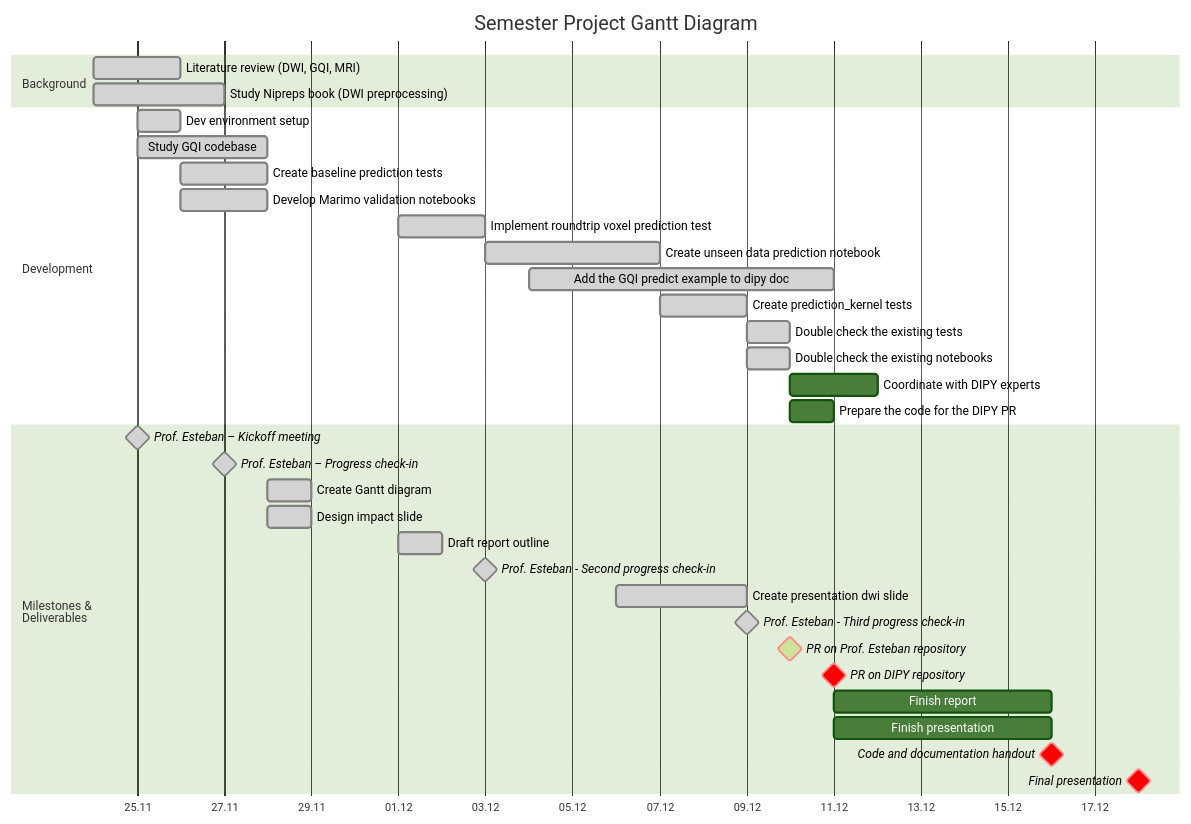
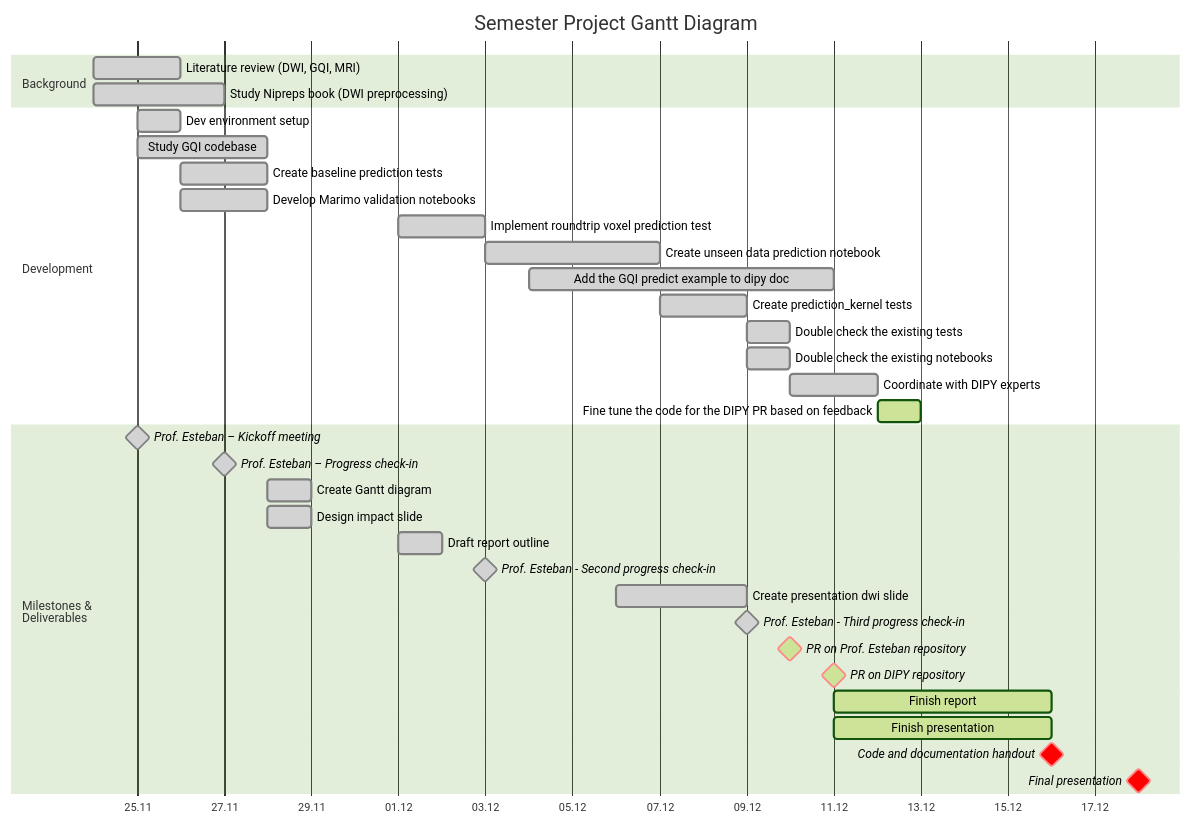
One commit to MadeInShineA/303.1-semester-project changed the diagram in src/index.qmd. Above: the diagram before and after it, drawn with Mermaid (forest theme). The commit also changed 5 other files, not shown here.

Commit message:
Updated Gantt diagram and gqi_unseen_data_notebook

````diff
--- a/src/index.qmd
+++ b/src/index.qmd
@@ -20,46 +20,46 @@
 ```{mermaid}
 gantt
 
     title Semester Project Gantt Diagram
     dateFormat DD.MM.YYYY
     axisFormat %d.%m
 
     section Background
         Literature review (DWI, GQI, MRI)       :done,         research,       24.11.2025, 2d
         Study Nipreps book (DWI preprocessing)  :done,         nipreps,        24.11.2025, 3d
 
     section Development
         Dev environment setup                   :done,         devenv,         25.11.2025, 1d
         Study GQI codebase                      :done,         codebase,       25.11.2025, 3d
         Create baseline prediction tests        :done,         simple_tests,   26.11.2025, 2d
         Develop Marimo validation notebooks     :done,         notebooks,      26.11.2025, 2d
         Implement roundtrip voxel prediction test :done,       cross_tests,    01.12.2025, 2d
         Create unseen data prediction notebook  :done,         unseen_data,    03.12.2025, 4d
         Add the GQI predict example to dipy doc :done,         predict_example,04.12.2025, 11.12.2025
         Create prediction_kernel tests          :done,         prediction_kernel ,07.12.2025, 2d
         Double check the existing tests         :done,         dc_test,          09.12.2025, 1d
         Double check the existing notebooks     :done,         dc_notebooks,   09.12.2025, 1d
-        Coordinate with DIPY experts            :              coor,           10.12.2025, 12.12.2025
-        Prepare the code for the DIPY PR        :              prpr,           10.12.2025, 1d
+        Coordinate with DIPY experts            :done,              coor,           10.12.2025, 12.12.2025
+        Fine tune the code for the DIPY PR based on feedback      :active,        prpr,           12.12.2025, 1d
         
 
       
         
 
     section Milestones & <br>Deliverables
         Prof. Esteban – Kickoff meeting         :done,         milestone,      25.11.2025, 0d
         Prof. Esteban – Progress check-in       :done,         milestone,      27.11.2025, 0d
         Create Gantt diagram                    :done,         gantt,          28.11.2025, 1d
         Design impact slide                     :done,         impact,         28.11.2025, 1d
         Draft report outline                    :done,         r_draft,        01.12.2025, 1d
         Prof. Esteban - Second progress check-in:done,         milestone,      03.12.2025, 0d
         Create presentation dwi slide           :done,         p_draft,        06.12.2025, 09.12.2025 
         Prof. Esteban - Third progress check-in :done,         milestone,      09.12.2025, 0d
         PR on Prof. Esteban repository          :crit,active,         milestone,      10.12.2025, 0d
-        PR on DIPY repository                   :crit,         milestone,      11.12.2025, 0d
-        Finish report                           :              f_rep,          11.12.2025, 16.12.2025
-        Finish presentation                     :              f_pres,         11.12.2025, 16.12.2025
+        PR on DIPY repository                   :crit,active,         milestone,      11.12.2025, 0d
+        Finish report                           :active,              f_rep,          11.12.2025, 16.12.2025
+        Finish presentation                     :active,              f_pres,         11.12.2025, 16.12.2025
         Code and documentation handout          :crit,         milestone,      16.12.2025, 0d
         Final presentation                      :crit,         milestone,      18.12.2025, 0d
         
 ```
````
